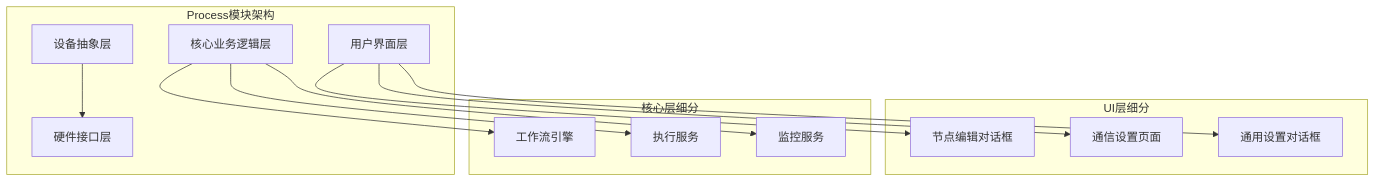
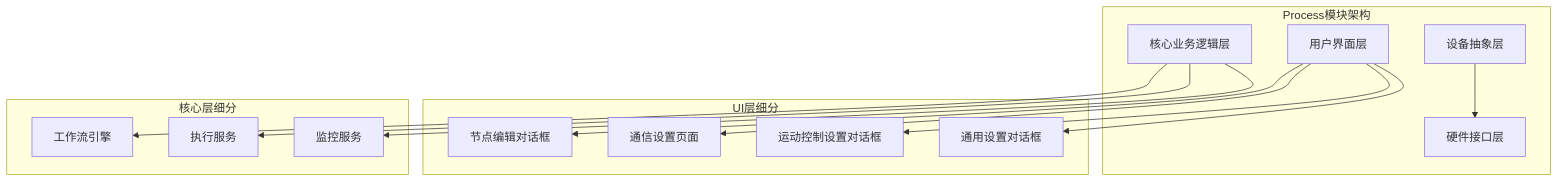
Before and after one commit to super1wang/LaserCNCv1.0: the first of 7 diagrams in .qoder/repowiki/zh/content/项目概述/模块设计/Process模块设计/Process模块设置对话框健壮性增强.md, drawn with Mermaid. The commit also changed other lines of this file and 13 other files, not shown here.

````diff
--- a/.qoder/repowiki/zh/content/项目概述/模块设计/Process模块设计/Process模块设置对话框健壮性增强.md
+++ b/.qoder/repowiki/zh/content/项目概述/模块设计/Process模块设计/Process模块设置对话框健壮性增强.md
@@ -40,26 +52,28 @@
 ```mermaid
 graph TB
 subgraph "Process模块架构"
 UI[用户界面层]
 Core[核心业务逻辑层]
 Device[设备抽象层]
 Hardware[硬件接口层]
 end
 subgraph "UI层细分"
 NodeEdit[节点编辑对话框]
 CommSettings[通信设置页面]
+MotionControl[运动控制设置对话框]
 GeneralDlg[通用设置对话框]
 end
 subgraph "核心层细分"
 Workflow[工作流引擎]
 Execution[执行服务]
 Monitor[监控服务]
 end
 UI --> NodeEdit
 UI --> CommSettings
+UI --> MotionControl
 UI --> GeneralDlg
 Core --> Workflow
 Core --> Execution
 Core --> Monitor
 Device --> Hardware
 ```
````
